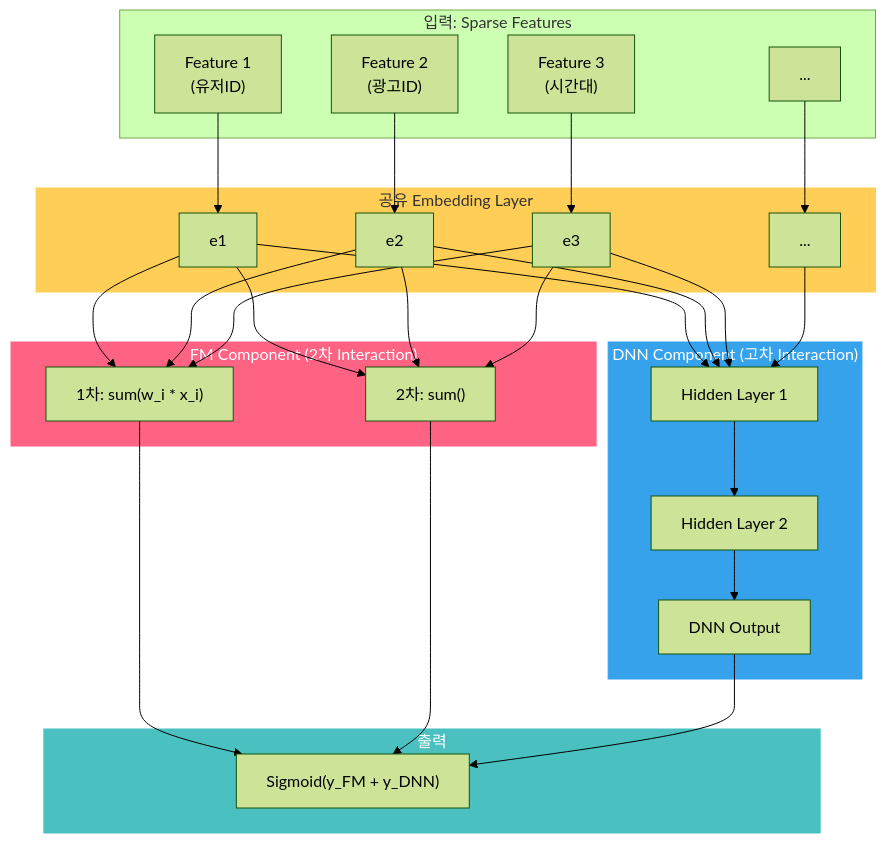
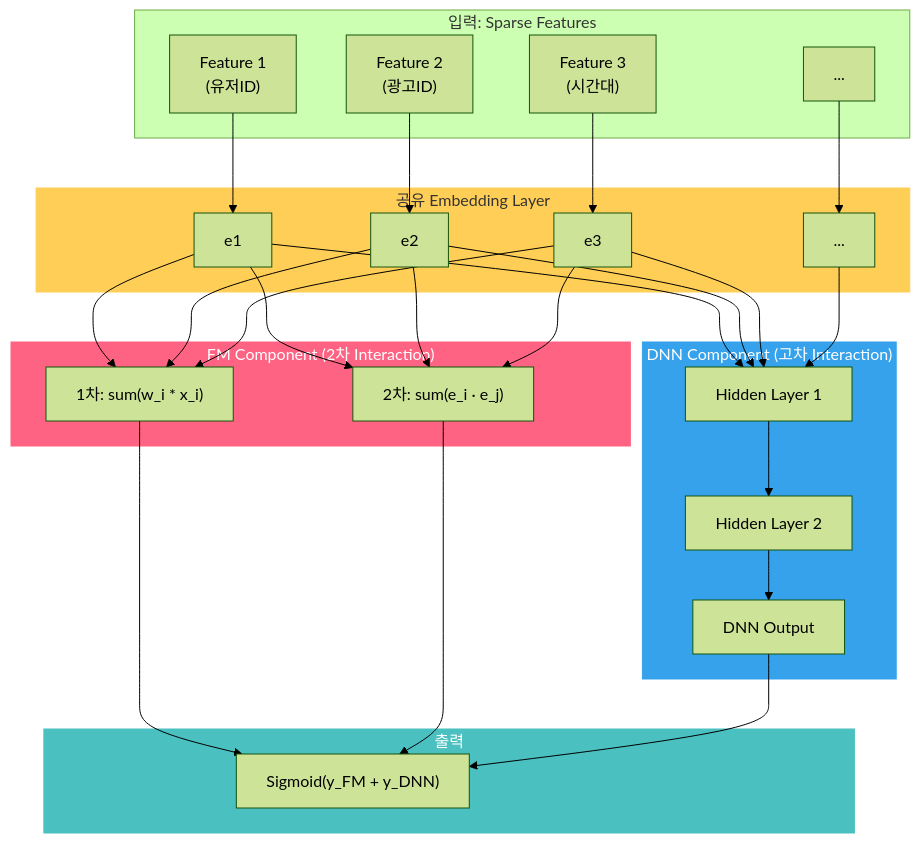
Before and after one commit to chkimsu/adtech-blog: the second of 5 diagrams in posts/deep-ctr-models.md, drawn with Mermaid (forest theme).

Commit message:
fix: DeepFM Mermaid 다이어그램 syntax error 수정 (꺾쇠괄호 → 내적 기호)

````diff
--- a/posts/deep-ctr-models.md
+++ b/posts/deep-ctr-models.md
@@ -197,59 +197,59 @@
 ```mermaid
 graph TD
     subgraph Input["입력: Sparse Features"]
         F1["Feature 1<br/>(유저ID)"]
         F2["Feature 2<br/>(광고ID)"]
         F3["Feature 3<br/>(시간대)"]
         FN["..."]
     end
 
     subgraph EmbeddingLayer["공유 Embedding Layer"]
         E1["e1"]
         E2["e2"]
         E3["e3"]
         EN["..."]
     end
 
     subgraph FM_Component["FM Component (2차 Interaction)"]
         FM_ADD["1차: sum(w_i * x_i)"]
-        FM_INNER["2차: sum(<e_i, e_j>)"]
+        FM_INNER["2차: sum(e_i · e_j)"]
     end
 
     subgraph DNN_Component["DNN Component (고차 Interaction)"]
         DNN_H1["Hidden Layer 1"]
         DNN_H2["Hidden Layer 2"]
         DNN_OUT["DNN Output"]
     end
 
     F1 --> E1
     F2 --> E2
     F3 --> E3
     FN --> EN
 
     E1 --> FM_ADD
     E2 --> FM_ADD
     E3 --> FM_ADD
     E1 --> FM_INNER
     E2 --> FM_INNER
     E3 --> FM_INNER
 
     E1 --> DNN_H1
     E2 --> DNN_H1
     E3 --> DNN_H1
     EN --> DNN_H1
     DNN_H1 --> DNN_H2
     DNN_H2 --> DNN_OUT
 
     subgraph Output["출력"]
         SIG["Sigmoid(y_FM + y_DNN)"]
     end
 
     FM_ADD --> SIG
     FM_INNER --> SIG
     DNN_OUT --> SIG
 
     style FM_Component fill:#ff6384,stroke:#ff6384,color:#fff
     style DNN_Component fill:#36a2eb,stroke:#36a2eb,color:#fff
     style EmbeddingLayer fill:#ffce56,stroke:#ffce56,color:#333
     style Output fill:#4bc0c0,stroke:#4bc0c0,color:#fff
 ```
````
